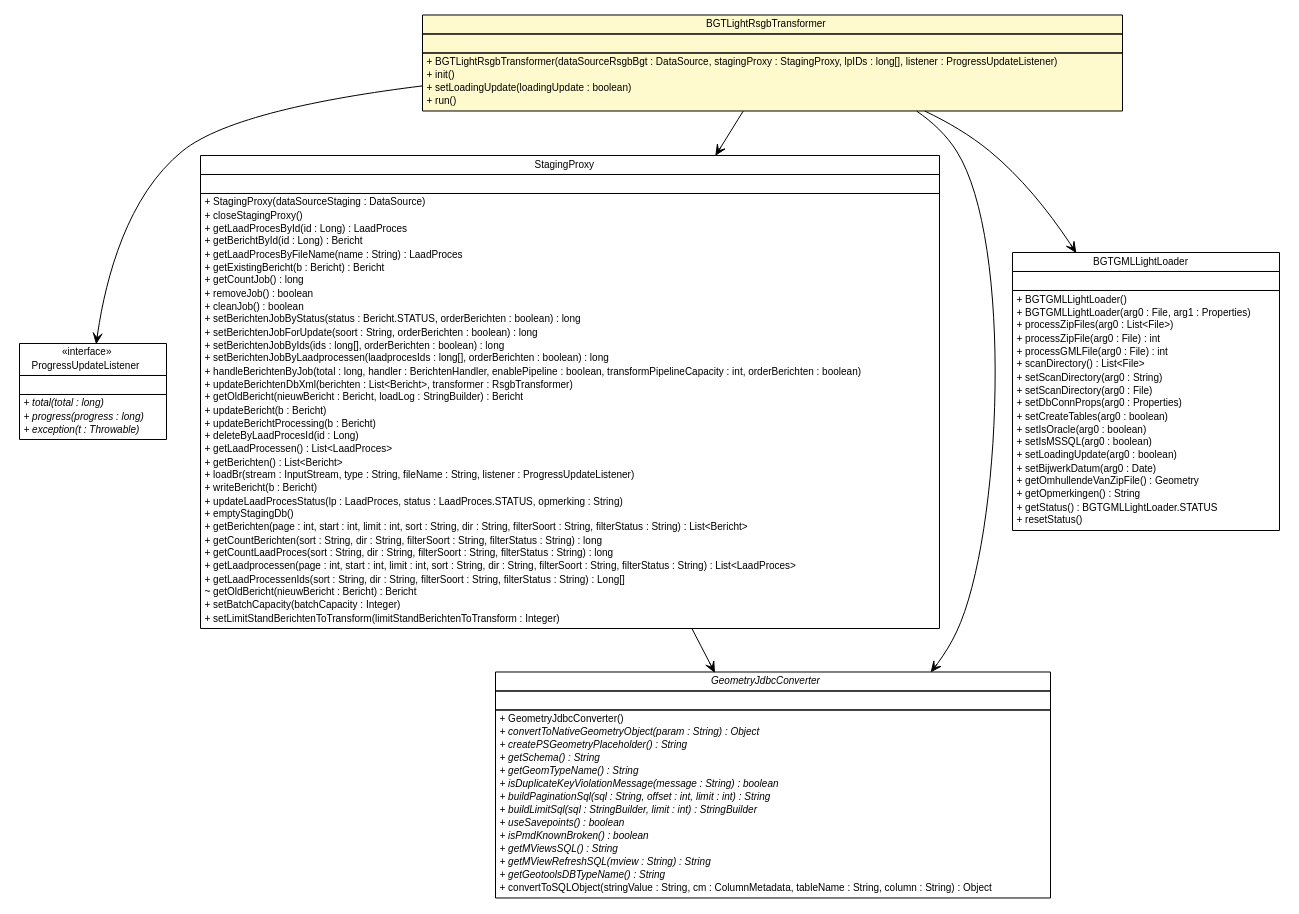
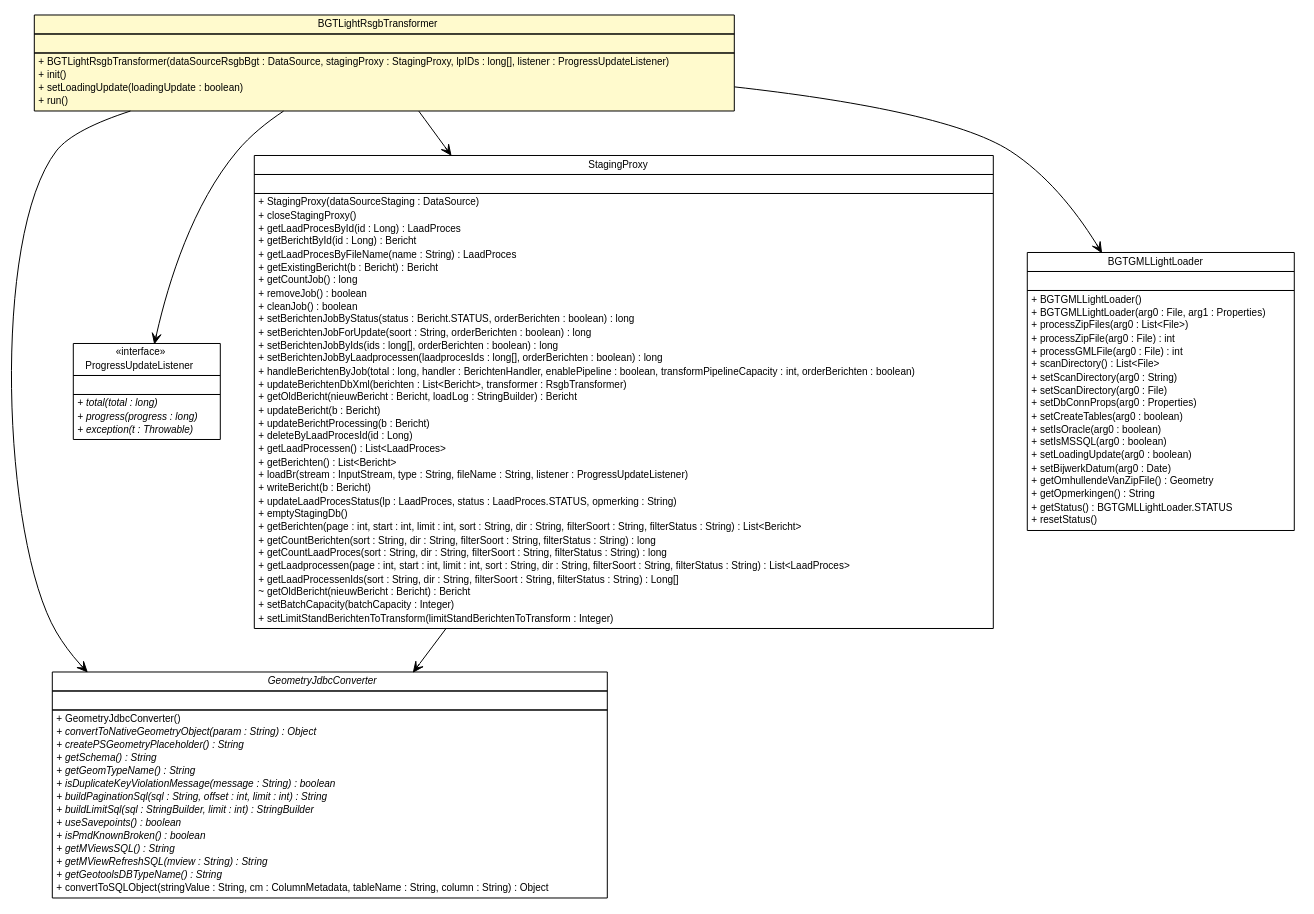
Before and after one commit to B3Partners/brmo: the diagram in brmo-loader/apidocs/nl/b3p/brmo/loader/util/BGTLightRsgbTransformer.dot, drawn with Graphviz. The commit also changed 396 other files, not shown here.

```diff
--- a/brmo-loader/apidocs/nl/b3p/brmo/loader/util/BGTLightRsgbTransformer.dot
+++ b/brmo-loader/apidocs/nl/b3p/brmo/loader/util/BGTLightRsgbTransformer.dot
@@ -9,23 +9,33 @@
 	node [fontname="Helvetica",fontsize=10,shape=plaintext];
 	nodesep=0.25;
 	ranksep=0.5;
-	// nl.b3p.brmo.loader.util.BGTLightRsgbTransformer
-	c596 [label=<<table title="nl.b3p.brmo.loader.util.BGTLightRsgbTransformer" border="0" cellborder="1" cellspacing="0" cellpadding="2" port="p" bgcolor="lemonChiffon" href="./BGTLightRsgbTransformer.html">
+	// nl.b3p.brmo.loader.jdbc.GeometryJdbcConverter
+	c591 [label=<<table title="nl.b3p.brmo.loader.jdbc.GeometryJdbcConverter" border="0" cellborder="1" cellspacing="0" cellpadding="2" port="p" href="../jdbc/GeometryJdbcConverter.html">
 		<tr><td><table border="0" cellspacing="0" cellpadding="1">
-<tr><td align="center" balign="center"> BGTLightRsgbTransformer </td></tr>
+<tr><td align="center" balign="center"><font face="Helvetica-Oblique"> GeometryJdbcConverter </font></td></tr>
 		</table></td></tr>
 		<tr><td><table border="0" cellspacing="0" cellpadding="1">
 <tr><td align="left" balign="left">  </td></tr>
 		</table></td></tr>
 		<tr><td><table border="0" cellspacing="0" cellpadding="1">
-<tr><td align="left" balign="left"> + BGTLightRsgbTransformer(dataSourceRsgbBgt : DataSource, stagingProxy : StagingProxy, lpIDs : long[], listener : ProgressUpdateListener) </td></tr>
-<tr><td align="left" balign="left"> + init() </td></tr>
-<tr><td align="left" balign="left"> + setLoadingUpdate(loadingUpdate : boolean) </td></tr>
-<tr><td align="left" balign="left"> + run() </td></tr>
+<tr><td align="left" balign="left"> + GeometryJdbcConverter() </td></tr>
+<tr><td align="left" balign="left"><font face="Helvetica-Oblique" point-size="10.0"> + convertToNativeGeometryObject(param : String) : Object </font></td></tr>
+<tr><td align="left" balign="left"><font face="Helvetica-Oblique" point-size="10.0"> + createPSGeometryPlaceholder() : String </font></td></tr>
+<tr><td align="left" balign="left"><font face="Helvetica-Oblique" point-size="10.0"> + getSchema() : String </font></td></tr>
+<tr><td align="left" balign="left"><font face="Helvetica-Oblique" point-size="10.0"> + getGeomTypeName() : String </font></td></tr>
+<tr><td align="left" balign="left"><font face="Helvetica-Oblique" point-size="10.0"> + isDuplicateKeyViolationMessage(message : String) : boolean </font></td></tr>
+<tr><td align="left" balign="left"><font face="Helvetica-Oblique" point-size="10.0"> + buildPaginationSql(sql : String, offset : int, limit : int) : String </font></td></tr>
+<tr><td align="left" balign="left"><font face="Helvetica-Oblique" point-size="10.0"> + buildLimitSql(sql : StringBuilder, limit : int) : StringBuilder </font></td></tr>
+<tr><td align="left" balign="left"><font face="Helvetica-Oblique" point-size="10.0"> + useSavepoints() : boolean </font></td></tr>
+<tr><td align="left" balign="left"><font face="Helvetica-Oblique" point-size="10.0"> + isPmdKnownBroken() : boolean </font></td></tr>
+<tr><td align="left" balign="left"><font face="Helvetica-Oblique" point-size="10.0"> + getMViewsSQL() : String </font></td></tr>
+<tr><td align="left" balign="left"><font face="Helvetica-Oblique" point-size="10.0"> + getMViewRefreshSQL(mview : String) : String </font></td></tr>
+<tr><td align="left" balign="left"><font face="Helvetica-Oblique" point-size="10.0"> + getGeotoolsDBTypeName() : String </font></td></tr>
+<tr><td align="left" balign="left"> + convertToSQLObject(stringValue : String, cm : ColumnMetadata, tableName : String, column : String) : Object </td></tr>
 		</table></td></tr>
-		</table>>, URL="./BGTLightRsgbTransformer.html", fontname="Helvetica", fontcolor="black", fontsize=10.0];
+		</table>>, URL="../jdbc/GeometryJdbcConverter.html", fontname="Helvetica", fontcolor="black", fontsize=10.0];
 	// nl.b3p.brmo.loader.ProgressUpdateListener
-	c602 [label=<<table title="nl.b3p.brmo.loader.ProgressUpdateListener" border="0" cellborder="1" cellspacing="0" cellpadding="2" port="p" href="../ProgressUpdateListener.html">
+	c595 [label=<<table title="nl.b3p.brmo.loader.ProgressUpdateListener" border="0" cellborder="1" cellspacing="0" cellpadding="2" port="p" href="../ProgressUpdateListener.html">
 		<tr><td><table border="0" cellspacing="0" cellpadding="1">
 <tr><td align="center" balign="center"> &#171;interface&#187; </td></tr>
 <tr><td align="center" balign="center"> ProgressUpdateListener </td></tr>
@@ -40,7 +50,7 @@
 		</table></td></tr>
 		</table>>, URL="../ProgressUpdateListener.html", fontname="Helvetica", fontcolor="black", fontsize=10.0];
 	// nl.b3p.brmo.loader.StagingProxy
-	c603 [label=<<table title="nl.b3p.brmo.loader.StagingProxy" border="0" cellborder="1" cellspacing="0" cellpadding="2" port="p" href="../StagingProxy.html">
+	c597 [label=<<table title="nl.b3p.brmo.loader.StagingProxy" border="0" cellborder="1" cellspacing="0" cellpadding="2" port="p" href="../StagingProxy.html">
 		<tr><td><table border="0" cellspacing="0" cellpadding="1">
 <tr><td align="center" balign="center"> StagingProxy </td></tr>
 		</table></td></tr>
@@ -83,41 +93,31 @@
 <tr><td align="left" balign="left"> + setLimitStandBerichtenToTransform(limitStandBerichtenToTransform : Integer) </td></tr>
 		</table></td></tr>
 		</table>>, URL="../StagingProxy.html", fontname="Helvetica", fontcolor="black", fontsize=10.0];
-	// nl.b3p.brmo.loader.jdbc.GeometryJdbcConverter
-	c622 [label=<<table title="nl.b3p.brmo.loader.jdbc.GeometryJdbcConverter" border="0" cellborder="1" cellspacing="0" cellpadding="2" port="p" href="../jdbc/GeometryJdbcConverter.html">
+	// nl.b3p.brmo.loader.util.BGTLightRsgbTransformer
+	c607 [label=<<table title="nl.b3p.brmo.loader.util.BGTLightRsgbTransformer" border="0" cellborder="1" cellspacing="0" cellpadding="2" port="p" bgcolor="lemonChiffon" href="./BGTLightRsgbTransformer.html">
 		<tr><td><table border="0" cellspacing="0" cellpadding="1">
-<tr><td align="center" balign="center"><font face="Helvetica-Oblique"> GeometryJdbcConverter </font></td></tr>
+<tr><td align="center" balign="center"> BGTLightRsgbTransformer </td></tr>
 		</table></td></tr>
 		<tr><td><table border="0" cellspacing="0" cellpadding="1">
 <tr><td align="left" balign="left">  </td></tr>
 		</table></td></tr>
 		<tr><td><table border="0" cellspacing="0" cellpadding="1">
-<tr><td align="left" balign="left"> + GeometryJdbcConverter() </td></tr>
-<tr><td align="left" balign="left"><font face="Helvetica-Oblique" point-size="10.0"> + convertToNativeGeometryObject(param : String) : Object </font></td></tr>
-<tr><td align="left" balign="left"><font face="Helvetica-Oblique" point-size="10.0"> + createPSGeometryPlaceholder() : String </font></td></tr>
-<tr><td align="left" balign="left"><font face="Helvetica-Oblique" point-size="10.0"> + getSchema() : String </font></td></tr>
-<tr><td align="left" balign="left"><font face="Helvetica-Oblique" point-size="10.0"> + getGeomTypeName() : String </font></td></tr>
-<tr><td align="left" balign="left"><font face="Helvetica-Oblique" point-size="10.0"> + isDuplicateKeyViolationMessage(message : String) : boolean </font></td></tr>
-<tr><td align="left" balign="left"><font face="Helvetica-Oblique" point-size="10.0"> + buildPaginationSql(sql : String, offset : int, limit : int) : String </font></td></tr>
-<tr><td align="left" balign="left"><font face="Helvetica-Oblique" point-size="10.0"> + buildLimitSql(sql : StringBuilder, limit : int) : StringBuilder </font></td></tr>
-<tr><td align="left" balign="left"><font face="Helvetica-Oblique" point-size="10.0"> + useSavepoints() : boolean </font></td></tr>
-<tr><td align="left" balign="left"><font face="Helvetica-Oblique" point-size="10.0"> + isPmdKnownBroken() : boolean </font></td></tr>
-<tr><td align="left" balign="left"><font face="Helvetica-Oblique" point-size="10.0"> + getMViewsSQL() : String </font></td></tr>
-<tr><td align="left" balign="left"><font face="Helvetica-Oblique" point-size="10.0"> + getMViewRefreshSQL(mview : String) : String </font></td></tr>
-<tr><td align="left" balign="left"><font face="Helvetica-Oblique" point-size="10.0"> + getGeotoolsDBTypeName() : String </font></td></tr>
-<tr><td align="left" balign="left"> + convertToSQLObject(stringValue : String, cm : ColumnMetadata, tableName : String, column : String) : Object </td></tr>
+<tr><td align="left" balign="left"> + BGTLightRsgbTransformer(dataSourceRsgbBgt : DataSource, stagingProxy : StagingProxy, lpIDs : long[], listener : ProgressUpdateListener) </td></tr>
+<tr><td align="left" balign="left"> + init() </td></tr>
+<tr><td align="left" balign="left"> + setLoadingUpdate(loadingUpdate : boolean) </td></tr>
+<tr><td align="left" balign="left"> + run() </td></tr>
 		</table></td></tr>
-		</table>>, URL="../jdbc/GeometryJdbcConverter.html", fontname="Helvetica", fontcolor="black", fontsize=10.0];
+		</table>>, URL="./BGTLightRsgbTransformer.html", fontname="Helvetica", fontcolor="black", fontsize=10.0];
+	// nl.b3p.brmo.loader.StagingProxy NAVASSOC nl.b3p.brmo.loader.jdbc.GeometryJdbcConverter
+	c597:p -> c591:p [taillabel="", label="", headlabel="", fontname="Helvetica", fontcolor="black", fontsize=10.0, color="black", arrowhead=open];
 	// nl.b3p.brmo.loader.util.BGTLightRsgbTransformer NAVASSOC nl.b3p.brmo.loader.StagingProxy
-	c596:p -> c603:p [taillabel="", label="", headlabel="", fontname="Helvetica", fontcolor="black", fontsize=10.0, color="black", arrowhead=open];
+	c607:p -> c597:p [taillabel="", label="", headlabel="", fontname="Helvetica", fontcolor="black", fontsize=10.0, color="black", arrowhead=open];
 	// nl.b3p.brmo.loader.util.BGTLightRsgbTransformer NAVASSOC nl.b3p.brmo.loader.ProgressUpdateListener
-	c596:p -> c602:p [taillabel="", label="", headlabel="", fontname="Helvetica", fontcolor="black", fontsize=10.0, color="black", arrowhead=open];
+	c607:p -> c595:p [taillabel="", label="", headlabel="", fontname="Helvetica", fontcolor="black", fontsize=10.0, color="black", arrowhead=open];
 	// nl.b3p.brmo.loader.util.BGTLightRsgbTransformer NAVASSOC nl.b3p.brmo.loader.jdbc.GeometryJdbcConverter
-	c596:p -> c622:p [taillabel="", label="", headlabel="", fontname="Helvetica", fontcolor="black", fontsize=10.0, color="black", arrowhead=open];
+	c607:p -> c591:p [taillabel="", label="", headlabel="", fontname="Helvetica", fontcolor="black", fontsize=10.0, color="black", arrowhead=open];
 	// nl.b3p.brmo.loader.util.BGTLightRsgbTransformer NAVASSOC nl.b3p.brmo.loader.gml.BGTGMLLightLoader
-	c596:p -> c635:p [taillabel="", label="", headlabel="", fontname="Helvetica", fontcolor="black", fontsize=10.0, color="black", arrowhead=open];
-	// nl.b3p.brmo.loader.StagingProxy NAVASSOC nl.b3p.brmo.loader.jdbc.GeometryJdbcConverter
-	c603:p -> c622:p [taillabel="", label="", headlabel="", fontname="Helvetica", fontcolor="black", fontsize=10.0, color="black", arrowhead=open];
+	c607:p -> c635:p [taillabel="", label="", headlabel="", fontname="Helvetica", fontcolor="black", fontsize=10.0, color="black", arrowhead=open];
 	// nl.b3p.brmo.loader.gml.BGTGMLLightLoader
 	c635 [label=<<table title="nl.b3p.brmo.loader.gml.BGTGMLLightLoader" border="0" cellborder="1" cellspacing="0" cellpadding="2" port="p">
 		<tr><td><table border="0" cellspacing="0" cellpadding="1">
```
